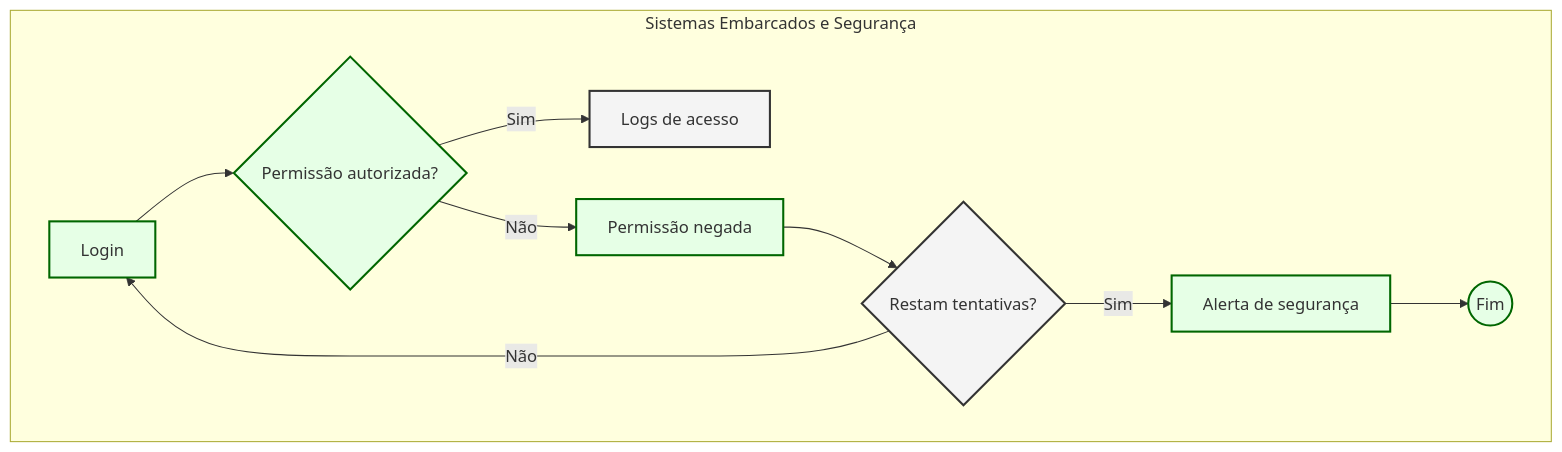
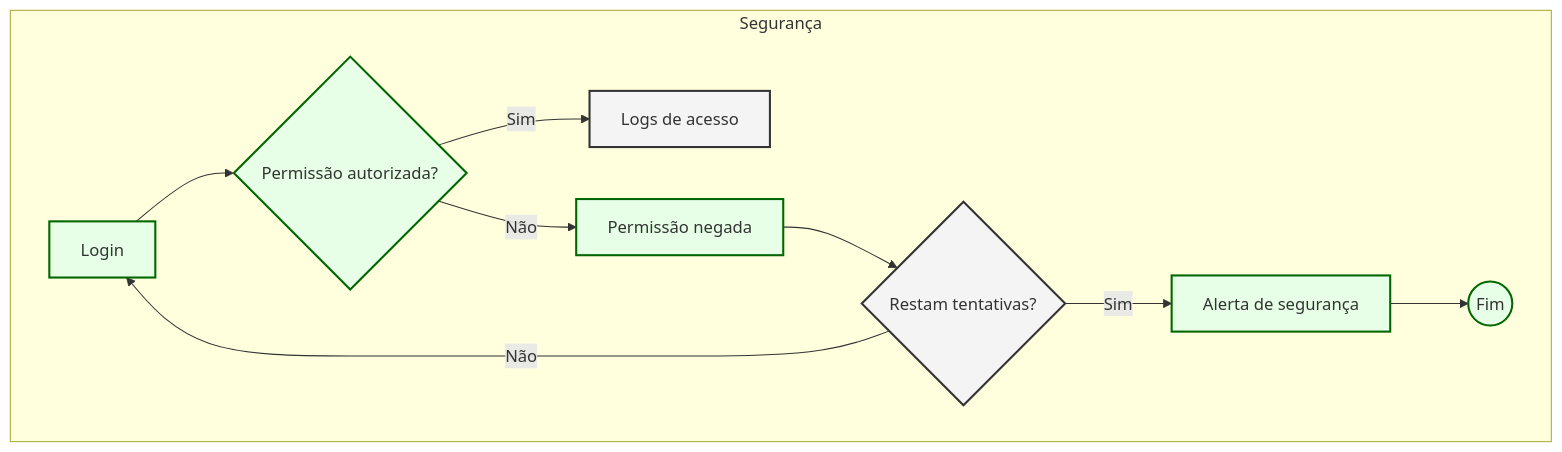
The fourth of 4 diagrams in docs/index.md (vagajuntos/Projeto-Software), drawn with Mermaid before and after one commit.

````diff
--- a/docs/index.md
+++ b/docs/index.md
@@ -262,14 +262,14 @@
 ```mermaid
 graph TD
     classDef default fill:#f4f4f4, stroke:#333, stroke-width:2px
     classDef secure fill:#e6ffe6, stroke:#006600
 
-    subgraph "Sistemas Embarcados e Segurança"
+    subgraph "Segurança"
         C[Login] --> D{Permissão autorizada?}
         D -->|Sim| E[Logs de acesso]
         D -->|Não| F[Permissão negada] --> G{Restam tentativas?}
         G -->|Sim| H[Alerta de segurança] --> I((Fim))
         G -->|Não| C
         class C,D,F,H,I secure
     end
 ```
````
